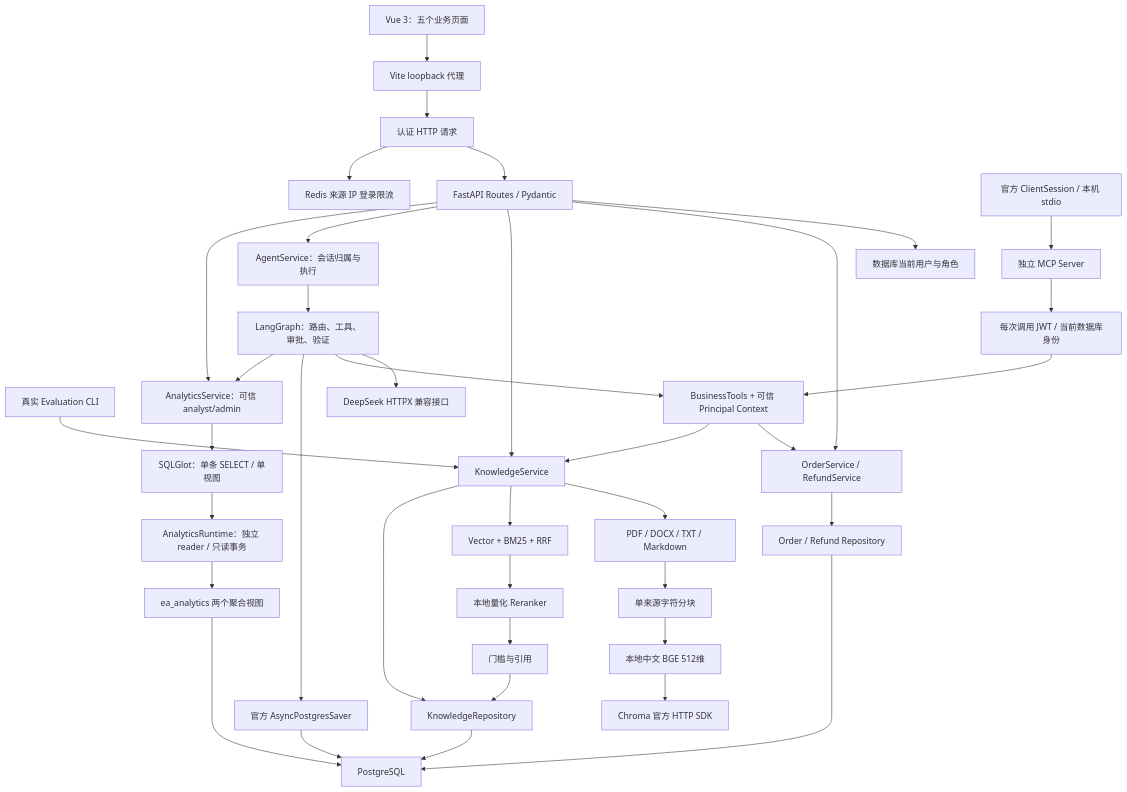
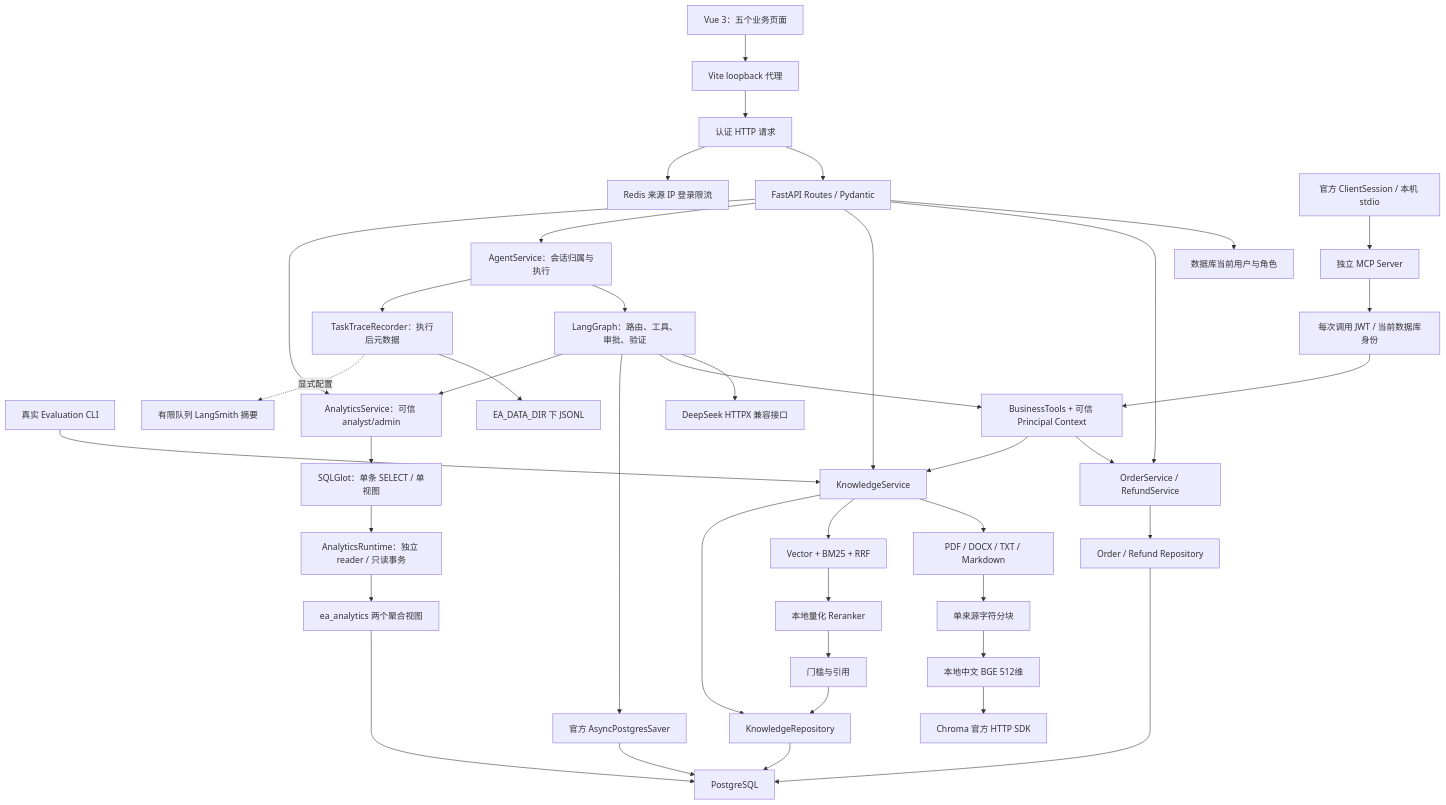
Before and after one commit to zjhwwwl/EnterpriseAgent: the first of 2 diagrams in docs/architecture.md, drawn with Mermaid. The commit also changed other lines of this file and 75 other files, not shown here.

````diff
--- a/docs/architecture.md
+++ b/docs/architecture.md
@@ -9,41 +9,44 @@
 ```mermaid
 flowchart TD
     WEB["Vue 3：五个业务页面"] --> PROXY["Vite loopback 代理"]
     PROXY --> HTTP
     HTTP["认证 HTTP 请求"] --> API["FastAPI Routes / Pydantic"]
     API --> AUTH["数据库当前用户与角色"]
     API --> ORDER["OrderService / RefundService"]
     ORDER --> REPO["Order / Refund Repository"]
     REPO --> DB["PostgreSQL"]
 
     API --> KNOW["KnowledgeService"]
     KNOW --> PARSE["PDF / DOCX / TXT / Markdown"]
     PARSE --> CHUNKS["单来源字符分块"]
     CHUNKS --> EMBED["本地中文 BGE 512维"]
     EMBED --> STORE["Chroma 官方 HTTP SDK"]
     KNOW --> RANK["Vector + BM25 + RRF"]
     RANK --> CROSS["本地量化 Reranker"]
     CROSS --> CITE["门槛与引用"]
     KNOW --> KREPO["KnowledgeRepository"]
     KREPO --> DB
     CITE --> KREPO
     HTTP --> REDIS["Redis 来源 IP 登录限流"]
     EVAL["真实 Evaluation CLI"] --> KNOW
     API --> AGENT["AgentService：会话归属与执行"]
     AGENT --> GRAPH["LangGraph：路由、工具、审批、验证"]
     GRAPH --> LLM["DeepSeek HTTPX 兼容接口"]
     GRAPH --> TOOLS["BusinessTools + 可信 Principal Context"]
     TOOLS --> ORDER
     TOOLS --> KNOW
     GRAPH --> CHECKPOINT["官方 AsyncPostgresSaver"]
     CHECKPOINT --> DB
+    AGENT --> TRACE["TaskTraceRecorder：执行后元数据"]
+    TRACE --> JSONL["EA_DATA_DIR 下 JSONL"]
+    TRACE -. "显式配置" .-> SMITH["有限队列 LangSmith 摘要"]
     API --> ANALYTICS["AnalyticsService：可信 analyst/admin"]
     GRAPH --> ANALYTICS
     ANALYTICS --> AST["SQLGlot：单条 SELECT / 单视图"]
     AST --> READONLY["AnalyticsRuntime：独立 reader / 只读事务"]
     READONLY --> VIEWS["ea_analytics 两个聚合视图"]
     VIEWS --> DB
     MCPCLIENT["官方 ClientSession / 本机 stdio"] --> MCP["独立 MCP Server"]
     MCP --> MAUTH["每次调用 JWT / 当前数据库身份"]
     MAUTH --> TOOLS
 ```
````
